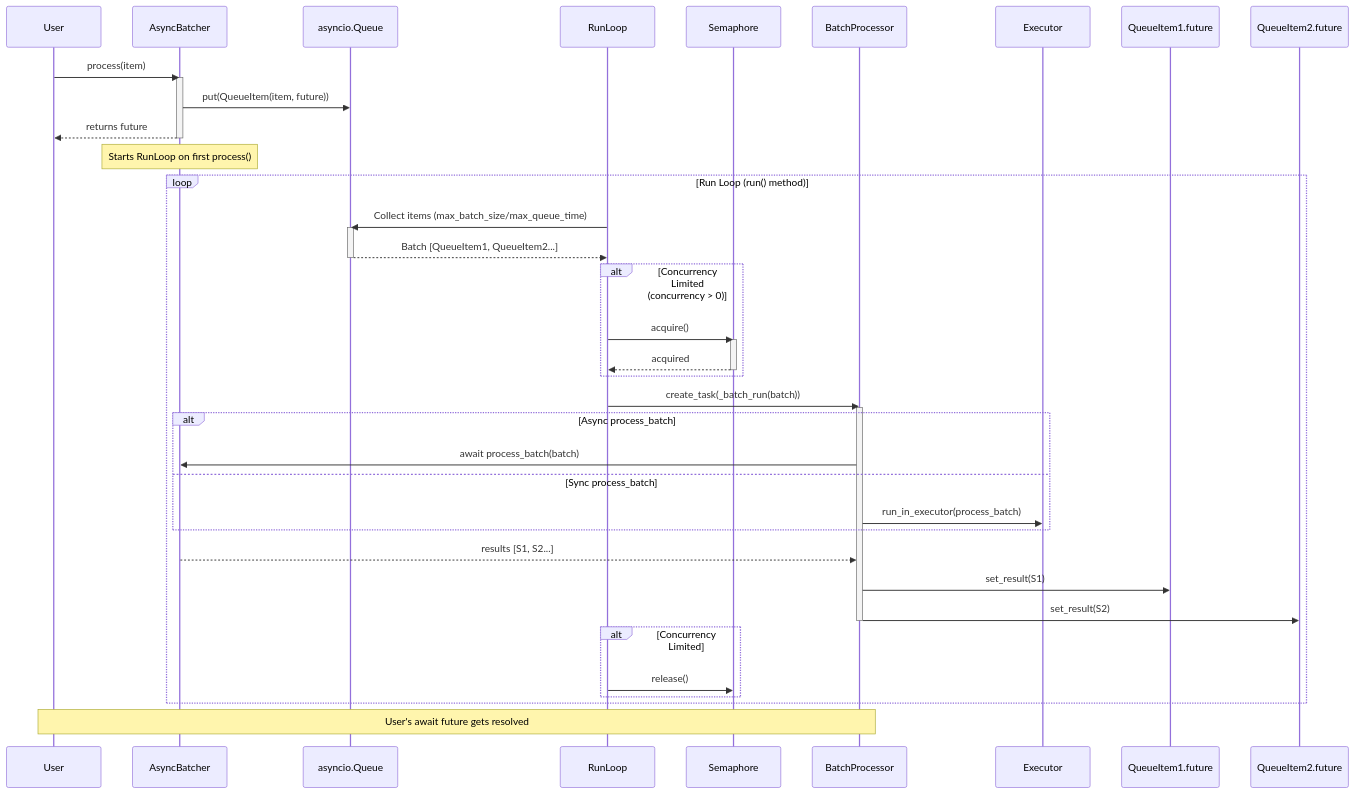
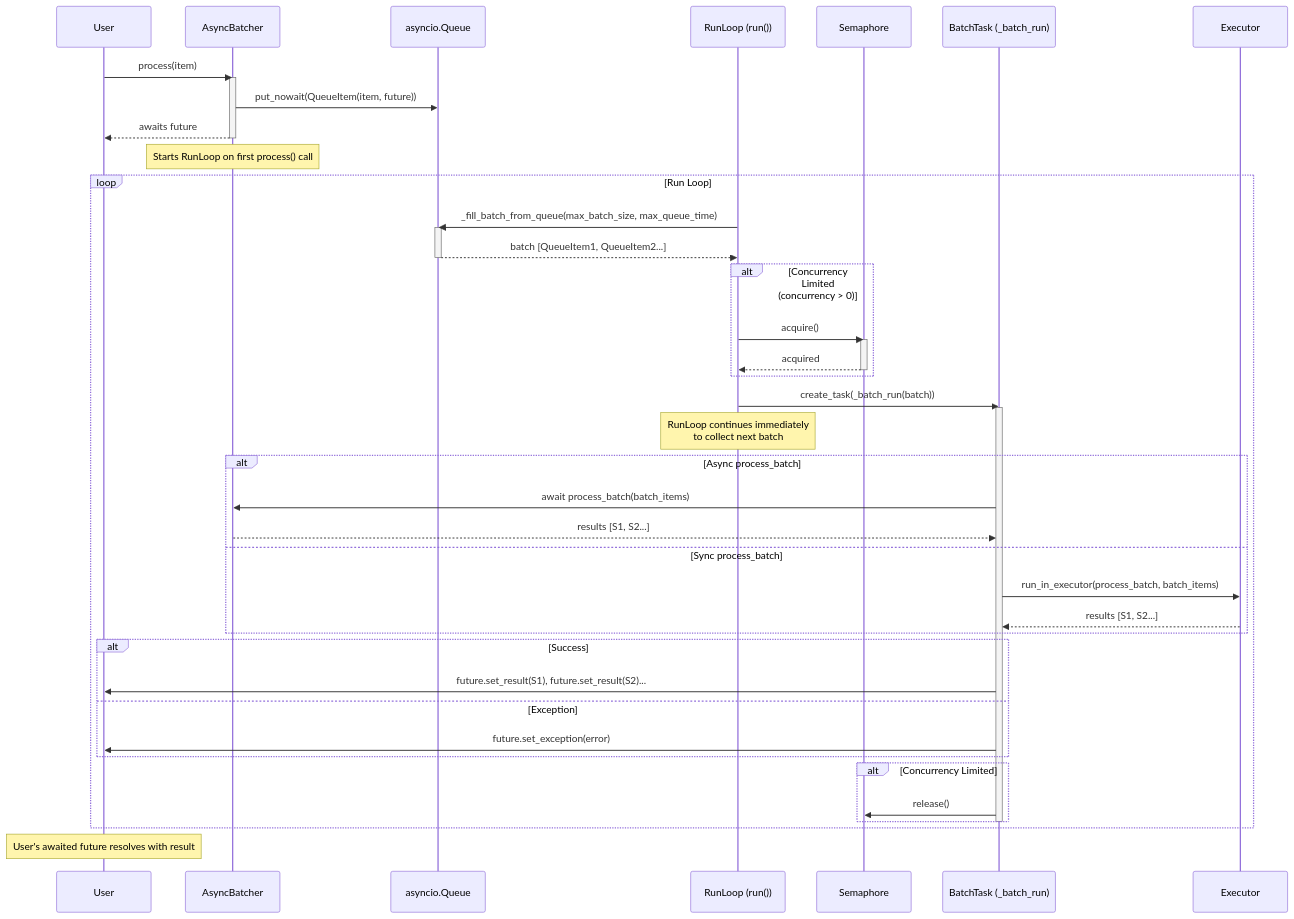
One commit to hussein-awala/async-batcher changed the diagram in README.md. Above: the diagram before and after it, drawn with Mermaid. The commit also changed other lines of this file, not shown here.

Commit message:
docs: fix mermaid diagram and improve README accuracy
Mermaid diagram fixes:
- Semaphore is now released by BatchTask (not RunLoop), matching the
  actual code where _concurrent_batch_run releases after _batch_run
- Added Executor as an explicit participant
- Results flow from process_batch back to BatchTask (not from
  AsyncBatcher to BatchProcessor)
- Added error handling path showing set_exception on futures
- RunLoop continues immediately after create_task (not waiting)
- Renamed participants to match actual method names

Text improvements:
- Key Features: added generic typing, sync/async process_batch support,
  queue capacity limits
- Section 2: added max_queue_size and QueueFullException
- Section 3: added executor configurability and error propagation
- Section 5: added timeout parameter
- Final Notes: clarified exception scoping per batch

````diff
--- a/README.md
+++ b/README.md
@@ -42,51 +46,57 @@
 ```mermaid
 sequenceDiagram
     participant User
     participant AsyncBatcher
     participant Queue as asyncio.Queue
-    participant RunLoop
+    participant RunLoop as RunLoop (run())
     participant Semaphore
-    participant BatchProcessor
+    participant BatchTask as BatchTask (_batch_run)
+    participant Executor
 
     User->>AsyncBatcher: process(item)
     activate AsyncBatcher
-    AsyncBatcher->>Queue: put(QueueItem(item, future))
-    AsyncBatcher-->>User: returns future
+    AsyncBatcher->>Queue: put_nowait(QueueItem(item, future))
+    AsyncBatcher-->>User: awaits future
     deactivate AsyncBatcher
 
-    Note over AsyncBatcher: Starts RunLoop on first process()
+    Note over AsyncBatcher: Starts RunLoop on first process() call
 
-    loop Run Loop (run() method)
-        RunLoop->>Queue: Collect items (max_batch_size/max_queue_time)
+    loop Run Loop
+        RunLoop->>Queue: _fill_batch_from_queue(max_batch_size, max_queue_time)
         activate Queue
-        Queue-->>RunLoop: Batch [QueueItem1, QueueItem2...]
+        Queue-->>RunLoop: batch [QueueItem1, QueueItem2...]
         deactivate Queue
 
         alt Concurrency Limited (concurrency > 0)
             RunLoop->>Semaphore: acquire()
             activate Semaphore
             Semaphore-->>RunLoop: acquired
             deactivate Semaphore
         end
 
-        RunLoop->>BatchProcessor: create_task(_batch_run(batch))
-        activate BatchProcessor
+        RunLoop->>BatchTask: create_task(_batch_run(batch))
+        activate BatchTask
+        Note over RunLoop: RunLoop continues immediately<br/>to collect next batch
 
         alt Async process_batch
-            BatchProcessor->>AsyncBatcher: await process_batch(batch)
+            BatchTask->>AsyncBatcher: await process_batch(batch_items)
+            AsyncBatcher-->>BatchTask: results [S1, S2...]
         else Sync process_batch
-            BatchProcessor->>Executor: run_in_executor(process_batch)
+            BatchTask->>Executor: run_in_executor(process_batch, batch_items)
+            Executor-->>BatchTask: results [S1, S2...]
         end
 
-        AsyncBatcher-->>BatchProcessor: results [S1, S2...]
-        BatchProcessor->>QueueItem1.future: set_result(S1)
-        BatchProcessor->>QueueItem2.future: set_result(S2)
-        deactivate BatchProcessor
+        alt Success
+            BatchTask->>User: future.set_result(S1), future.set_result(S2)...
+        else Exception
+            BatchTask->>User: future.set_exception(error)
+        end
 
         alt Concurrency Limited
-            RunLoop->>Semaphore: release()
+            BatchTask->>Semaphore: release()
         end
+        deactivate BatchTask
     end
 
-    Note over User, BatchProcessor: User's await future gets resolved
+    Note over User: User's awaited future resolves with result
 ```
````
